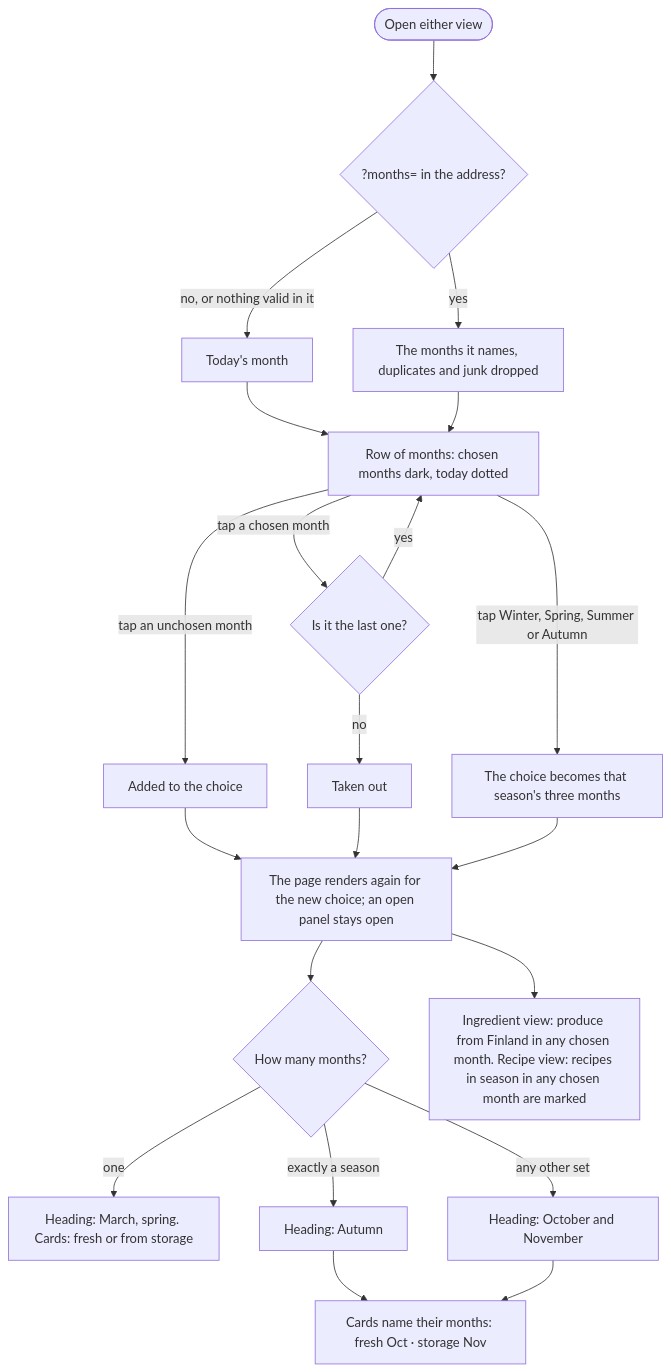
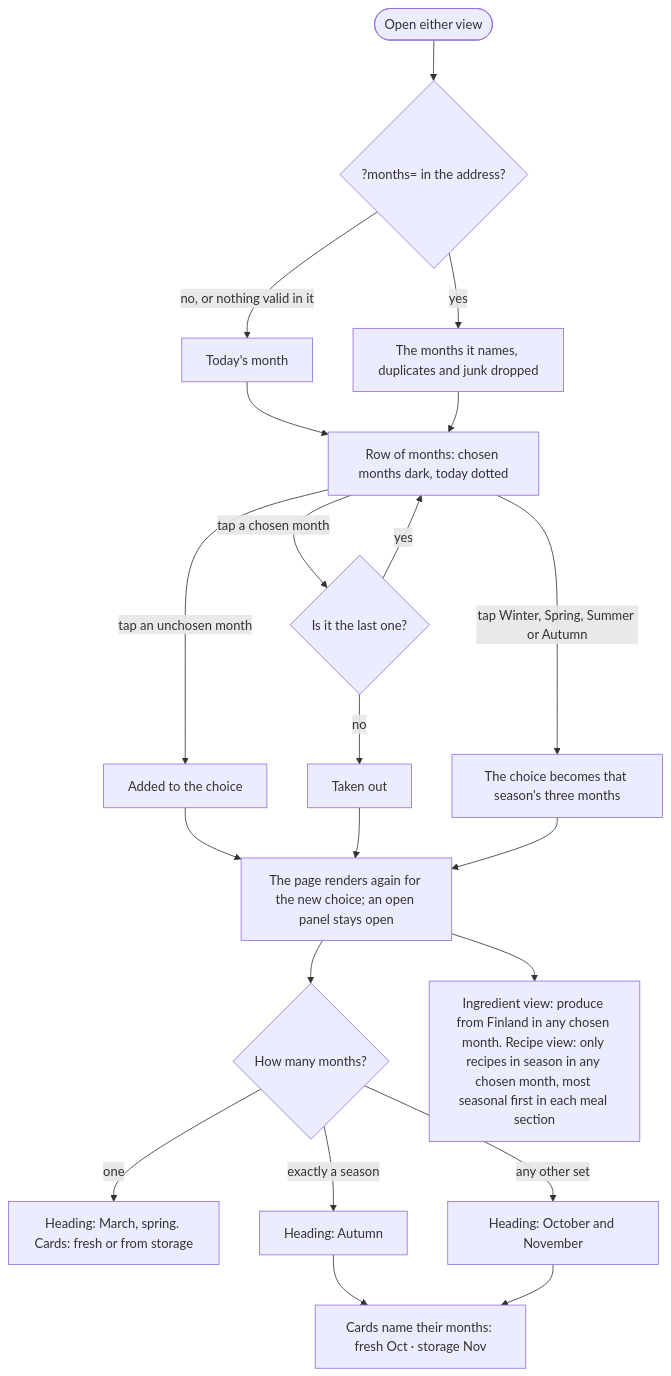
One commit to tiakangaspunta/eat-seasonal-app changed the second of 7 diagrams in docs/FLOWS.md. Above: the diagram before and after it, drawn with Mermaid. The commit also changed other lines of this file and 11 other files, not shown here.

First line of the commit message:
Narrow the recipe view to the chosen months (issue 015)

````diff
--- a/docs/FLOWS.md
+++ b/docs/FLOWS.md
@@ -36,23 +36,23 @@
 ```mermaid
 flowchart TD
     open([Open either view]) --> param{"?months= in the address?"}
     param -->|"no, or nothing valid in it"| today["Today's month"]
     param -->|"yes"| chosen["The months it names, duplicates and junk dropped"]
     today --> row["Row of months: chosen months dark, today dotted"]
     chosen --> row
     row -->|"tap an unchosen month"| add["Added to the choice"]
     row -->|"tap a chosen month"| last{"Is it the last one?"}
     last -->|"no"| remove["Taken out"]
     last -->|"yes"| row
     row -->|"tap Winter, Spring, Summer or Autumn"| season["The choice becomes that season's three months"]
     add --> render["The page renders again for the new choice; an open panel stays open"]
     remove --> render
     season --> render
     render --> heading{"How many months?"}
     heading -->|"one"| one["Heading: March, spring. Cards: fresh or from storage"]
     heading -->|"exactly a season"| whole["Heading: Autumn"]
     heading -->|"any other set"| list["Heading: October and November"]
     whole --> several["Cards name their months: fresh Oct · storage Nov"]
     list --> several
-    render --> views["Ingredient view: produce from Finland in any chosen month. Recipe view: recipes in season in any chosen month are marked"]
+    render --> views["Ingredient view: produce from Finland in any chosen month. Recipe view: only recipes in season in any chosen month, most seasonal first in each meal section"]
 ```
````
